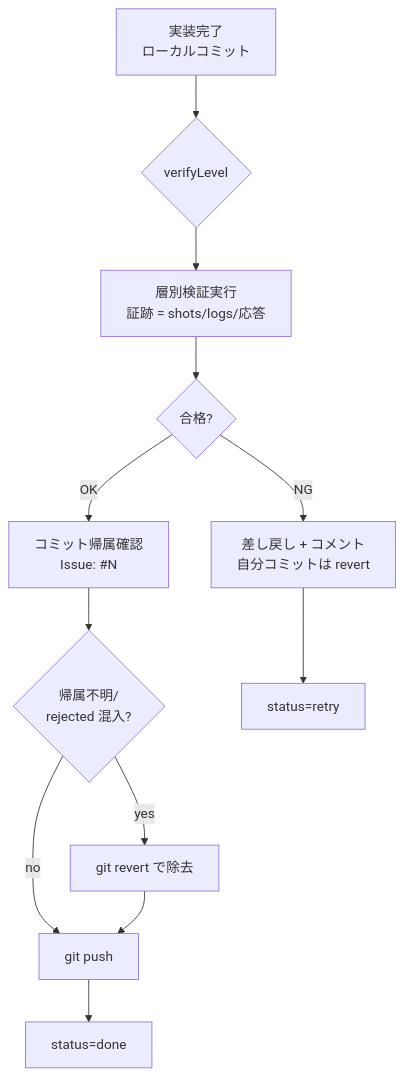
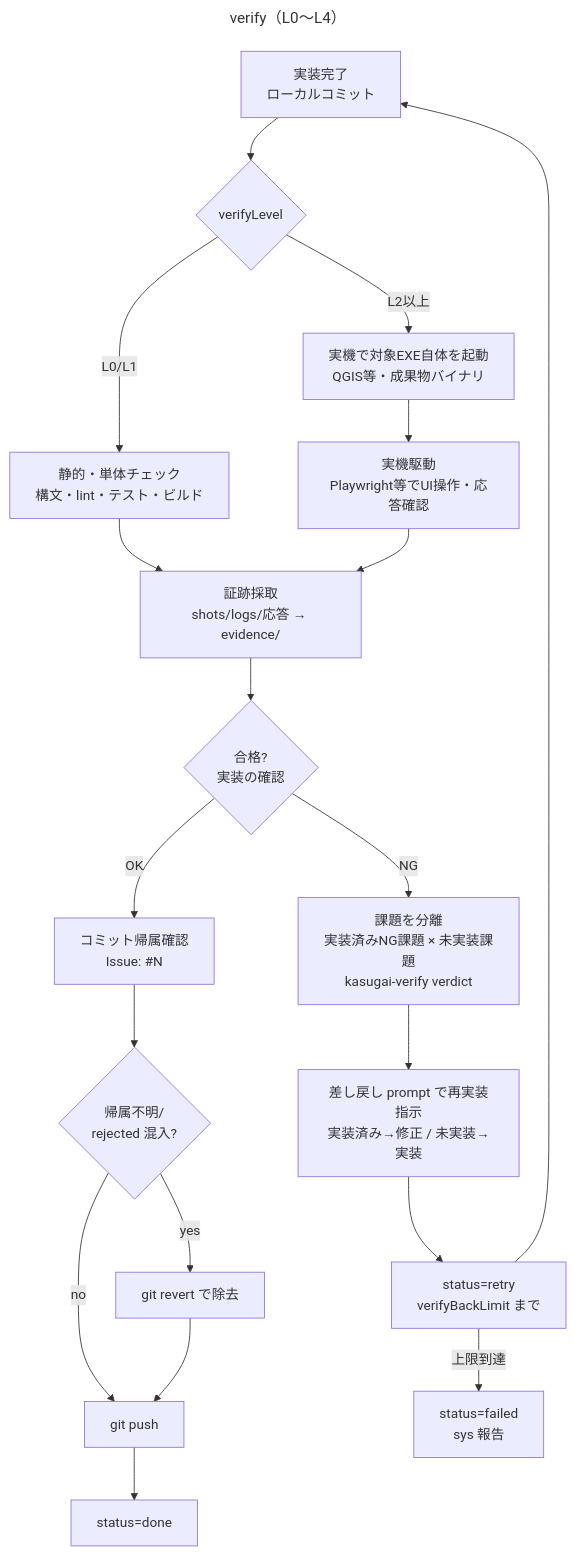
The fourth of 10 diagrams in README.md (yamamoto-ryuzo/kasugai_agent), drawn with Mermaid before and after one commit. The commit also changed other lines of this file and 58 other files, not shown here.

First line of the commit message:
パネル機能拡充（i18n・マニュアル配信・git操作・マルチリポジトリ）と src 責務分割、mermaid 図の正本を diagrams/*.mmd に集約

````diff
--- a/README.md
+++ b/README.md
@@ -167,14 +186,24 @@
 ```mermaid
+---
+title: verify（L0〜L4）
+---
 flowchart TD
     IMPL[実装完了<br/>ローカルコミット] --> VL{verifyLevel}
-    VL --> RUN[層別検証実行<br/>証跡 = shots/logs/応答]
-    RUN --> JUDGE{合格?}
+    VL -->|L0/L1| STATIC[静的・単体チェック<br/>構文・lint・テスト・ビルド]
+    VL -->|L2以上| LAUNCH[実機で対象EXE自体を起動<br/>QGIS等・成果物バイナリ]
+    LAUNCH --> DRIVE[実機駆動<br/>Playwright等でUI操作・応答確認]
+    STATIC --> EVID[証跡採取<br/>shots/logs/応答 → evidence/]
+    DRIVE --> EVID
+    EVID --> JUDGE{合格?<br/>実装の確認}
     JUDGE -->|OK| ATTRIB[コミット帰属確認<br/>Issue: #N]
     ATTRIB --> CLEAN{帰属不明/<br/>rejected 混入?}
     CLEAN -->|yes| REVERT[git revert で除去]
     CLEAN -->|no| PUSH[git push]
     REVERT --> PUSH
     PUSH --> DONE[status=done]
-    JUDGE -->|NG| BACK[差し戻し + コメント<br/>自分コミットは revert]
-    BACK --> RETRY[status=retry]
+    JUDGE -->|NG| SEP[課題を分離<br/>実装済みNG課題 × 未実装課題<br/>kasugai-verify verdict]
+    SEP --> BACK[差し戻し prompt で再実装指示<br/>実装済み→修正 / 未実装→実装]
+    BACK --> RETRY[status=retry<br/>verifyBackLimit まで]
+    RETRY --> IMPL
+    RETRY -->|上限到達| FAIL[status=failed<br/>sys 報告]
 ```
````
